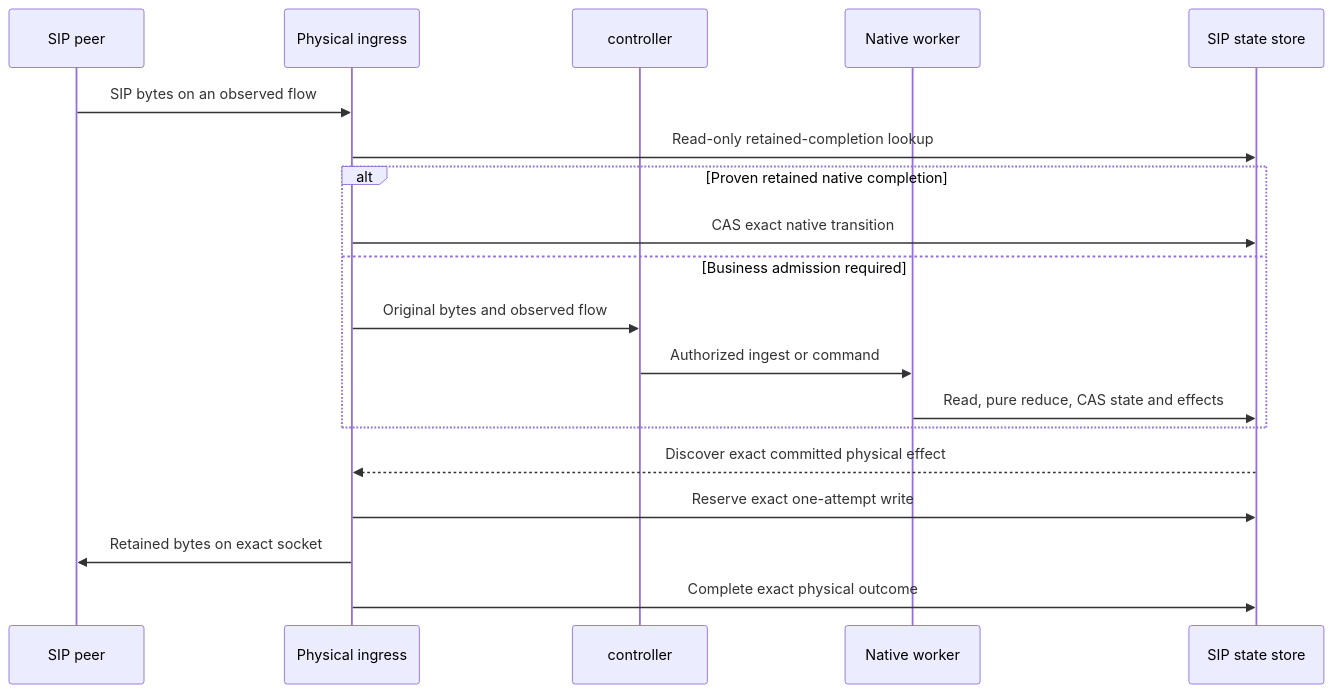
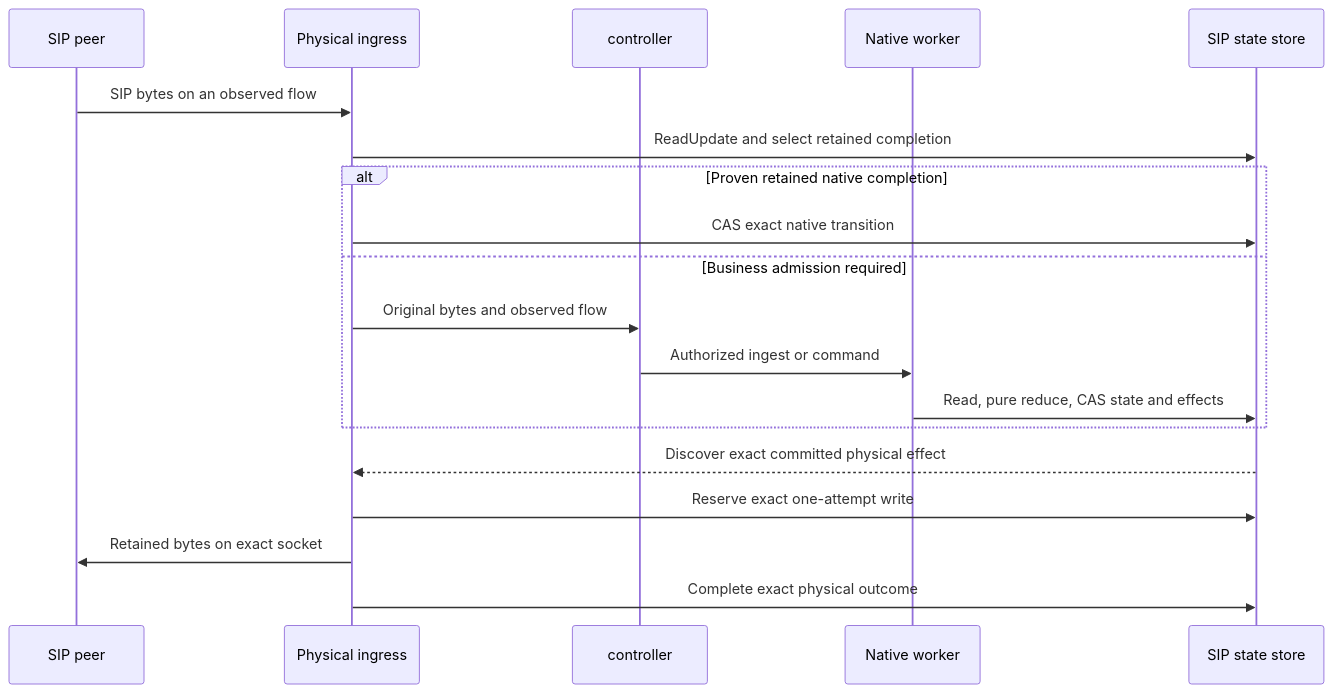
The diagram in ARCHITECTURE.md (zyno-io/sipbridge), drawn with Mermaid before and after one commit. The commit also changed other lines of this file and 23 other files, not shown here.

````diff
--- a/ARCHITECTURE.md
+++ b/ARCHITECTURE.md
@@ -90,21 +91,21 @@
 ```mermaid
 sequenceDiagram
     participant C as SIP peer
     participant I as Physical ingress
     participant N as controller
     participant W as Native worker
     participant R as SIP state store
     C->>I: SIP bytes on an observed flow
-    I->>R: Read-only retained-completion lookup
+    I->>R: ReadUpdate and select retained completion
     alt Proven retained native completion
         I->>R: CAS exact native transition
     else Business admission required
         I->>N: Original bytes and observed flow
         N->>W: Authorized ingest or command
         W->>R: Read, pure reduce, CAS state and effects
     end
     R-->>I: Discover exact committed physical effect
     I->>R: Reserve exact one-attempt write
     I->>C: Retained bytes on exact socket
     I->>R: Complete exact physical outcome
 ```
````
